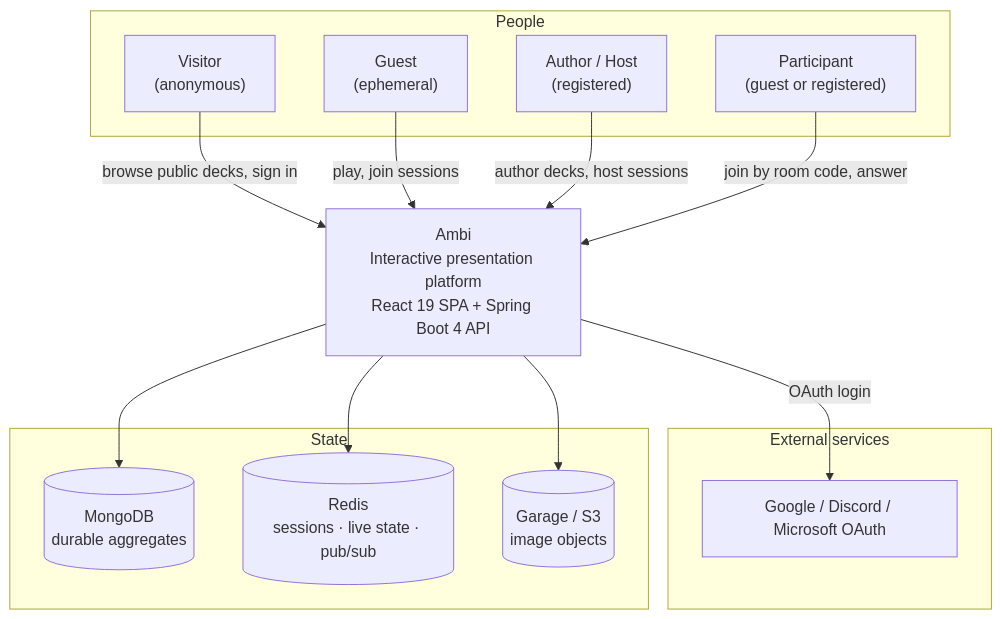
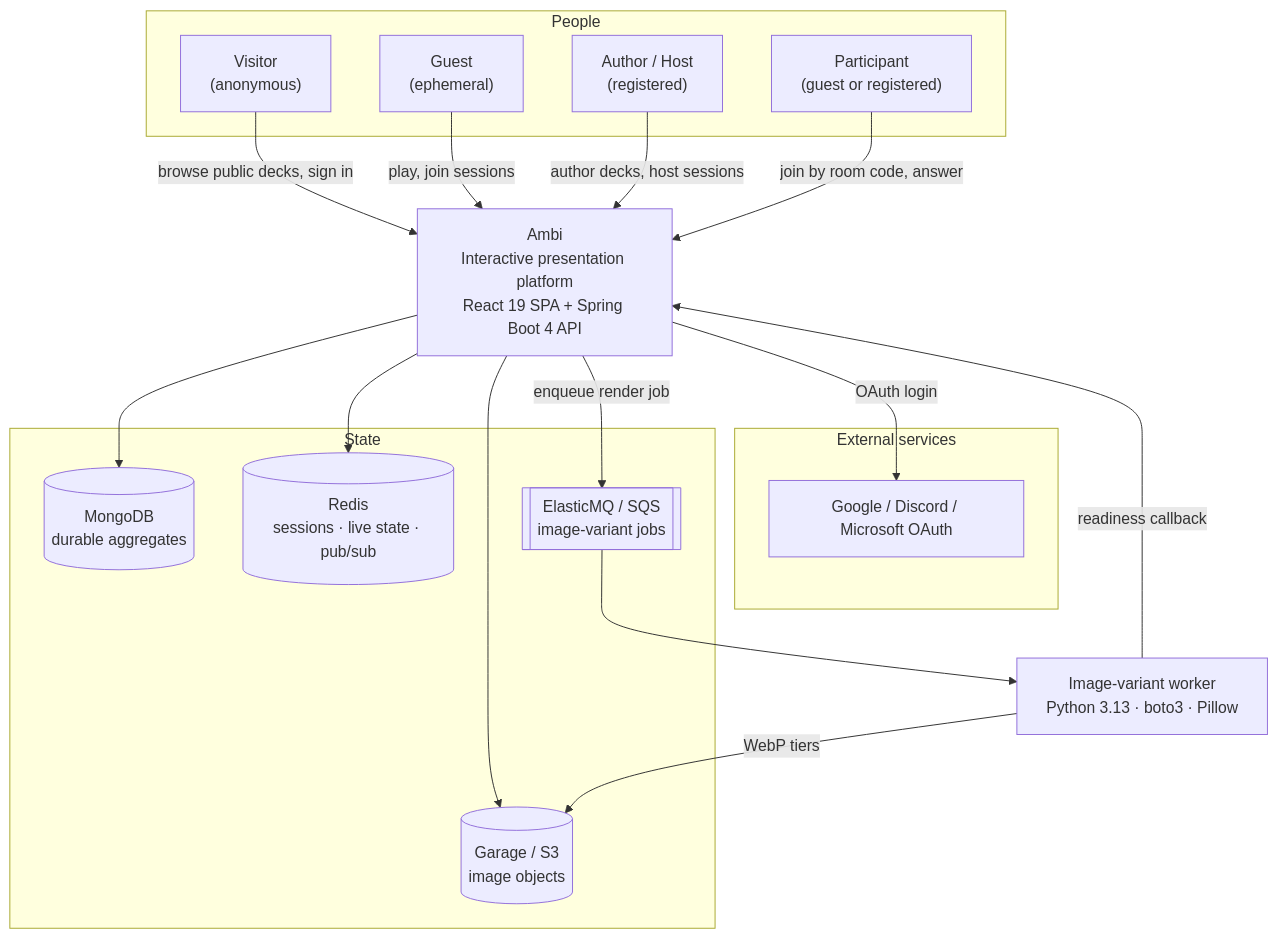
The first of 2 diagrams in z-docs/diagrams/system-overview.md (Saganaut/ambi), drawn with Mermaid before and after one commit. The commit also changed other lines of this file and 87 other files, not shown here.

First line of the commit message:
feat(media): add async image-variant rendering pipeline

````diff
--- a/z-docs/diagrams/system-overview.md
+++ b/z-docs/diagrams/system-overview.md
@@ -12,31 +12,38 @@
 ```mermaid
 flowchart TB
     subgraph actors["People"]
         VIS["Visitor<br/>(anonymous)"]
         GUEST["Guest<br/>(ephemeral)"]
         HOST["Author / Host<br/>(registered)"]
         PART["Participant<br/>(guest or registered)"]
     end
 
     AMBI["Ambi<br/>Interactive presentation platform<br/>React 19 SPA + Spring Boot 4 API"]
 
     subgraph ext["External services"]
         IDP["Google / Discord / Microsoft OAuth"]
     end
 
     subgraph stores["State"]
         MONGO[("MongoDB<br/>durable aggregates")]
         REDIS[("Redis<br/>sessions · live state · pub/sub")]
         S3[("Garage / S3<br/>image objects")]
+        QUEUE[["ElasticMQ / SQS<br/>image-variant jobs"]]
     end
+
+    WORKER["Image-variant worker<br/>Python 3.13 · boto3 · Pillow"]
 
     VIS -->|browse public decks, sign in| AMBI
     GUEST -->|play, join sessions| AMBI
     HOST -->|author decks, host sessions| AMBI
     PART -->|join by room code, answer| AMBI
 
     AMBI -->|OAuth login| IDP
     AMBI --> MONGO
     AMBI --> REDIS
     AMBI --> S3
+    AMBI -->|enqueue render job| QUEUE
+    QUEUE --> WORKER
+    WORKER -->|WebP tiers| S3
+    WORKER -->|readiness callback| AMBI
 ```
````
